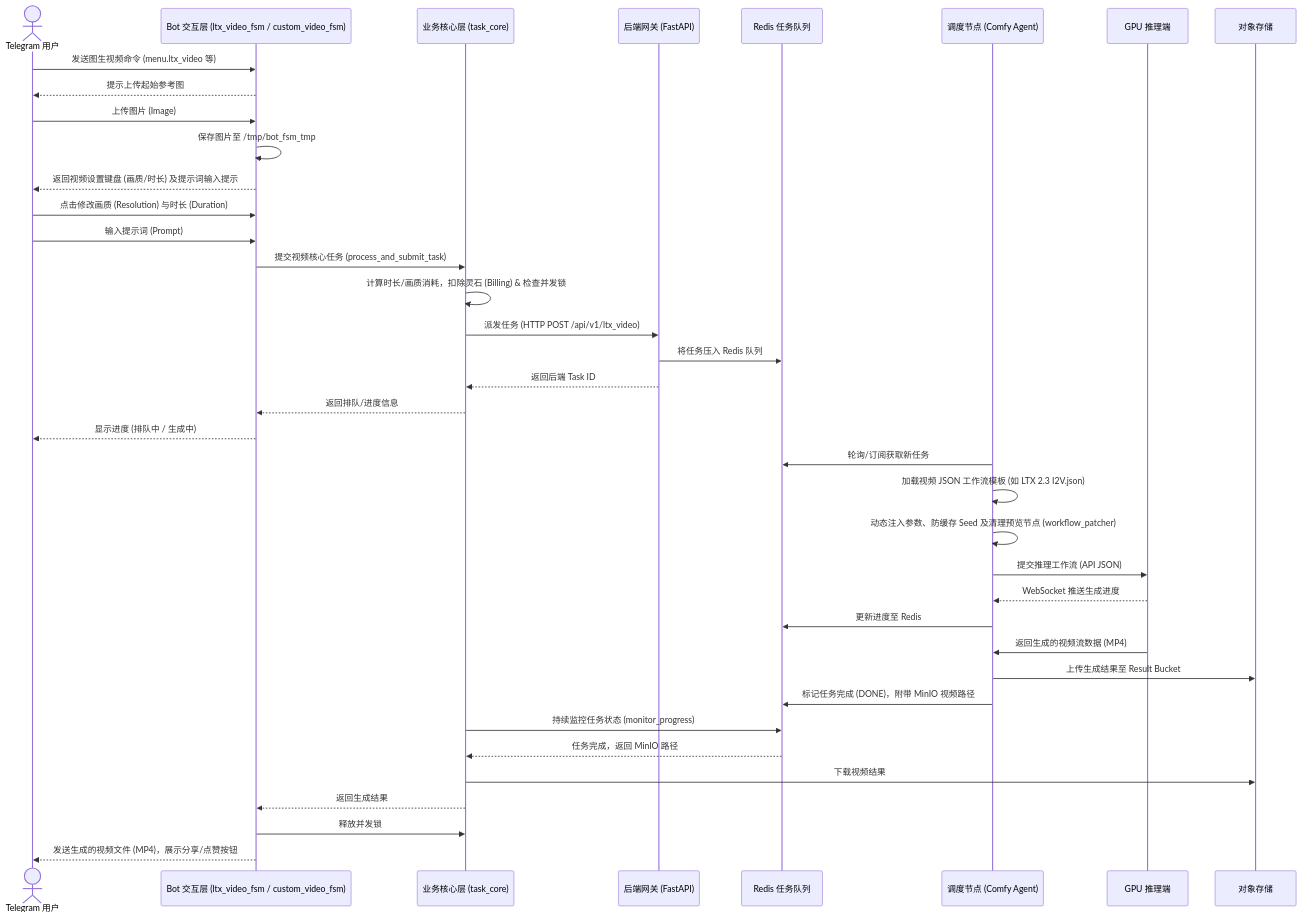
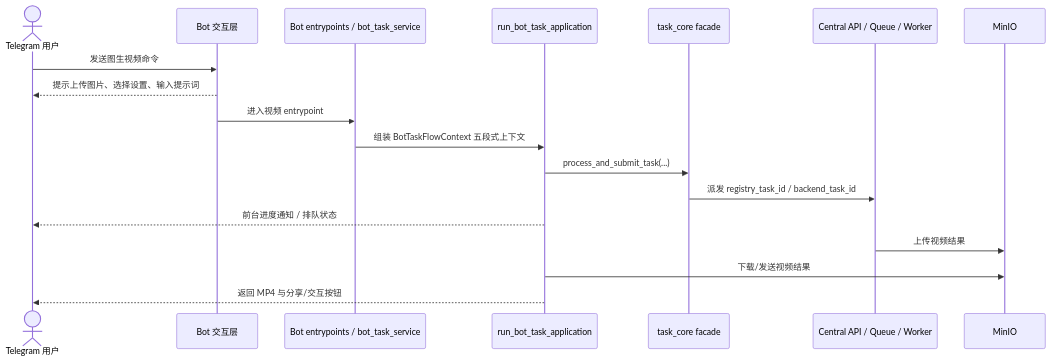
The first of 2 diagrams in docs/business/image_to_video_flow.md (giraffu/All_bot), drawn with Mermaid before and after one commit. The commit also changed other lines of this file and 22 other files, not shown here.

````diff
--- a/docs/business/image_to_video_flow.md
+++ b/docs/business/image_to_video_flow.md
@@ -7,46 +7,21 @@
 ```mermaid
 sequenceDiagram
     actor User as Telegram 用户
-    participant FSM as Bot 交互层 (ltx_video_fsm / custom_video_fsm)
-    participant Core as 业务核心层 (task_core)
-    participant API as 后端网关 (FastAPI)
-    participant Queue as Redis 任务队列
-    participant Worker as 调度节点 (Comfy Agent)
-    participant ComfyUI as GPU 推理端
-    participant MinIO as 对象存储
+    participant FSM as Bot 交互层
+    participant Entry as Bot entrypoints / bot_task_service
+    participant Flow as run_bot_task_application
+    participant Core as task_core facade
+    participant Backend as Central API / Queue / Worker
+    participant Store as MinIO
 
-    User->>FSM: 发送图生视频命令 (menu.ltx_video 等)
-    FSM-->>User: 提示上传起始参考图
-    User->>FSM: 上传图片 (Image)
-    FSM->>FSM: 保存图片至 /tmp/bot_fsm_tmp
-    FSM-->>User: 返回视频设置键盘 (画质/时长) 及提示词输入提示
-    User->>FSM: 点击修改画质 (Resolution) 与时长 (Duration)
-    User->>FSM: 输入提示词 (Prompt)
-    
-    FSM->>Core: 提交视频核心任务 (process_and_submit_task)
-    Core->>Core: 计算时长/画质消耗，扣除灵石 (Billing) & 检查并发锁
-    
-    Core->>API: 派发任务 (HTTP POST /api/v1/ltx_video)
-    API->>Queue: 将任务压入 Redis 队列
-    API-->>Core: 返回后端 Task ID
-    Core-->>FSM: 返回排队/进度信息
-    FSM-->>User: 显示进度 (排队中 / 生成中)
-    
-    Worker->>Queue: 轮询/订阅获取新任务
-    Worker->>Worker: 加载视频 JSON 工作流模板 (如 LTX 2.3 I2V.json)
-    Worker->>Worker: 动态注入参数、防缓存 Seed 及清理预览节点 (workflow_patcher)
-    Worker->>ComfyUI: 提交推理工作流 (API JSON)
-    ComfyUI-->>Worker: WebSocket 推送生成进度
-    Worker->>Queue: 更新进度至 Redis
-    
-    ComfyUI->>Worker: 返回生成的视频流数据 (MP4)
-    Worker->>MinIO: 上传生成结果至 Result Bucket
-    Worker->>Queue: 标记任务完成 (DONE)，附带 MinIO 视频路径
-    
-    Core->>Queue: 持续监控任务状态 (monitor_progress)
-    Queue-->>Core: 任务完成，返回 MinIO 路径
-    Core->>MinIO: 下载视频结果
-    Core-->>FSM: 返回生成结果
-    FSM->>Core: 释放并发锁
-    FSM-->>User: 发送生成的视频文件 (MP4)，展示分享/点赞按钮
+    User->>FSM: 发送图生视频命令
+    FSM-->>User: 提示上传图片、选择设置、输入提示词
+    FSM->>Entry: 进入视频 entrypoint
+    Entry->>Flow: 组装 BotTaskFlowContext 五段式上下文
+    Flow->>Core: process_and_submit_task(...)
+    Core->>Backend: 派发 registry_task_id / backend_task_id
+    Flow-->>User: 前台进度通知 / 排队状态
+    Backend->>Store: 上传视频结果
+    Flow->>Store: 下载/发送视频结果
+    Flow-->>User: 返回 MP4 与分享/交互按钮
 ```
````
